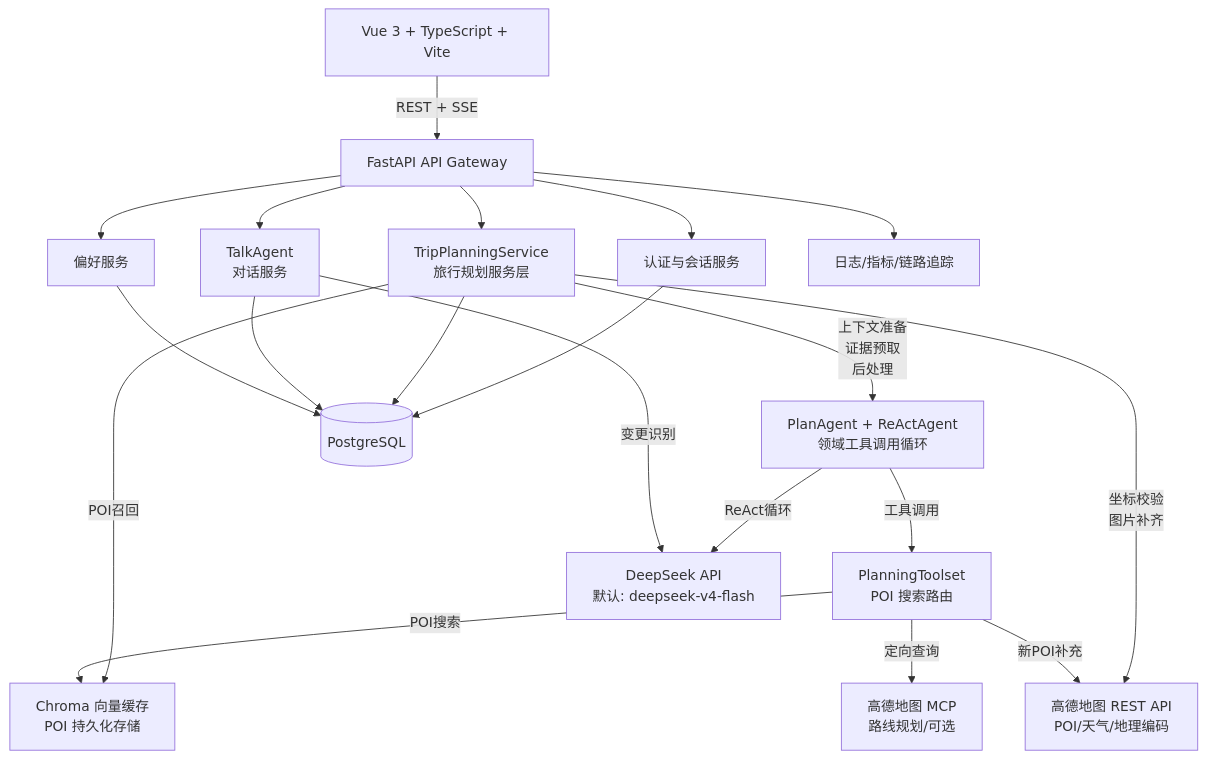
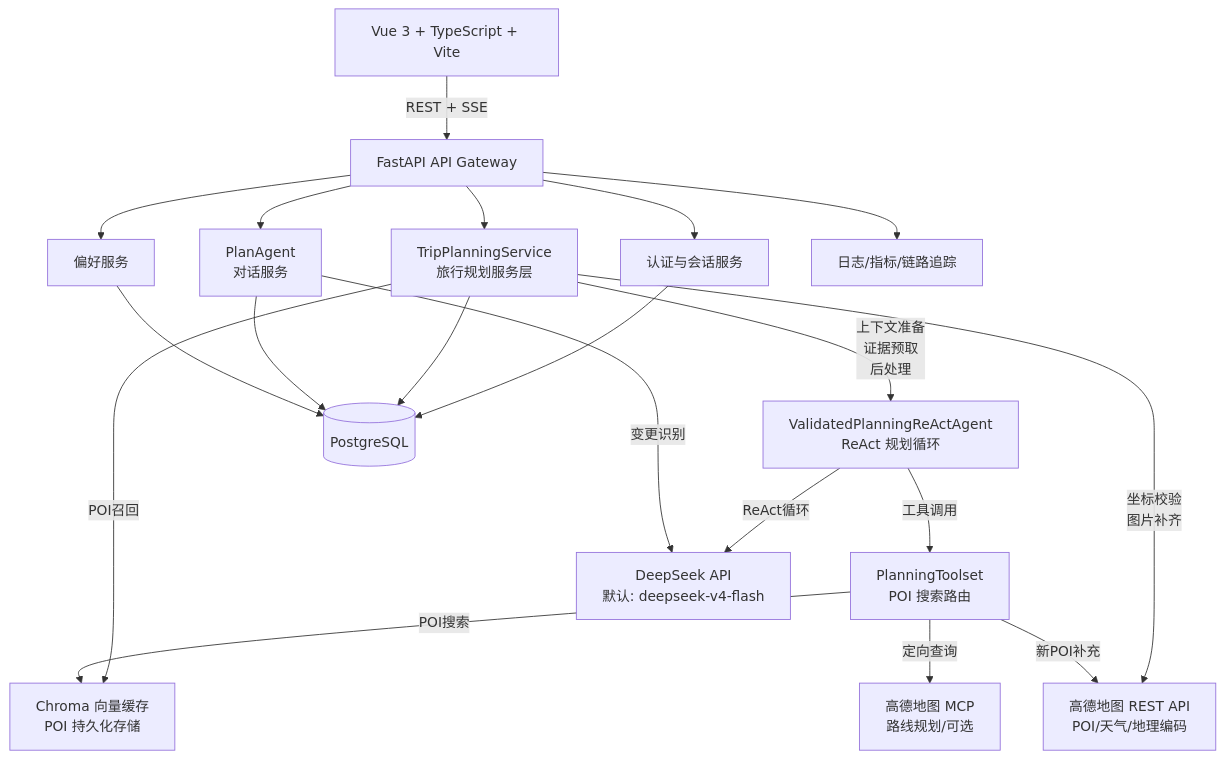
One commit to niuerben/trip_agent changed the second of 2 diagrams in docs/trip-planner-prd.md. Above: the diagram before and after it, drawn with Mermaid. The commit also changed other lines of this file and 21 other files, not shown here.

```diff
--- a/docs/trip-planner-prd.md
+++ b/docs/trip-planner-prd.md
@@ -231,37 +231,37 @@
 ~~~mermaid
 flowchart TB
     UI[Vue 3 + TypeScript + Vite]
     API[FastAPI API Gateway]
     AUTH[认证与会话服务]
     PLAN[TripPlanningService<br/>旅行规划服务层]
-    CHAT[TalkAgent<br/>对话服务]
+    CHAT[PlanAgent<br/>对话服务]
     PREF[偏好服务]
     AMAP_REST[高德地图 REST API<br/>POI/天气/地理编码]
     AMAP_MCP[高德地图 MCP<br/>路线规划/可选]
     CHROMA[Chroma 向量缓存<br/>POI 持久化存储]
-    REACT[PlanAgent + ReActAgent<br/>领域工具调用循环]
+    REACT[ValidatedPlanningReActAgent<br/>ReAct 规划循环]
     TOOLS[PlanningToolset<br/>POI 搜索路由]
     LLM[DeepSeek API<br/>默认: deepseek-v4-flash]
     DB[(PostgreSQL)]
     OBS[日志/指标/链路追踪]
 
     UI -->|REST + SSE| API
     API --> AUTH
     API --> PLAN
     API --> CHAT
     API --> PREF
     PLAN -->|上下文准备<br/>证据预取<br/>后处理| REACT
     PLAN -->|POI召回| CHROMA
     PLAN -->|坐标校验<br/>图片补齐| AMAP_REST
     REACT -->|工具调用| TOOLS
     REACT -->|ReAct循环| LLM
     TOOLS -->|POI搜索| CHROMA
     TOOLS -->|新POI补充| AMAP_REST
     TOOLS -->|定向查询| AMAP_MCP
     CHAT -->|变更识别| LLM
     AUTH --> DB
     PLAN --> DB
     CHAT --> DB
     PREF --> DB
     API --> OBS
 ~~~
```
